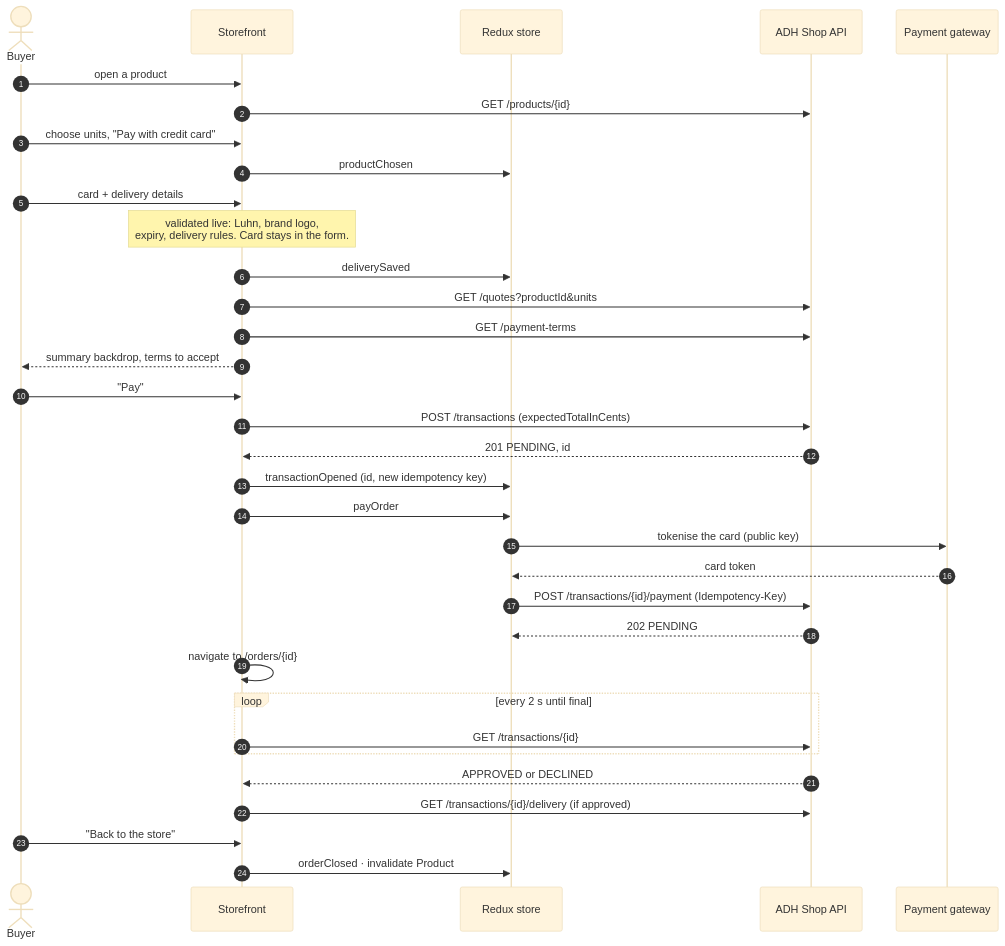
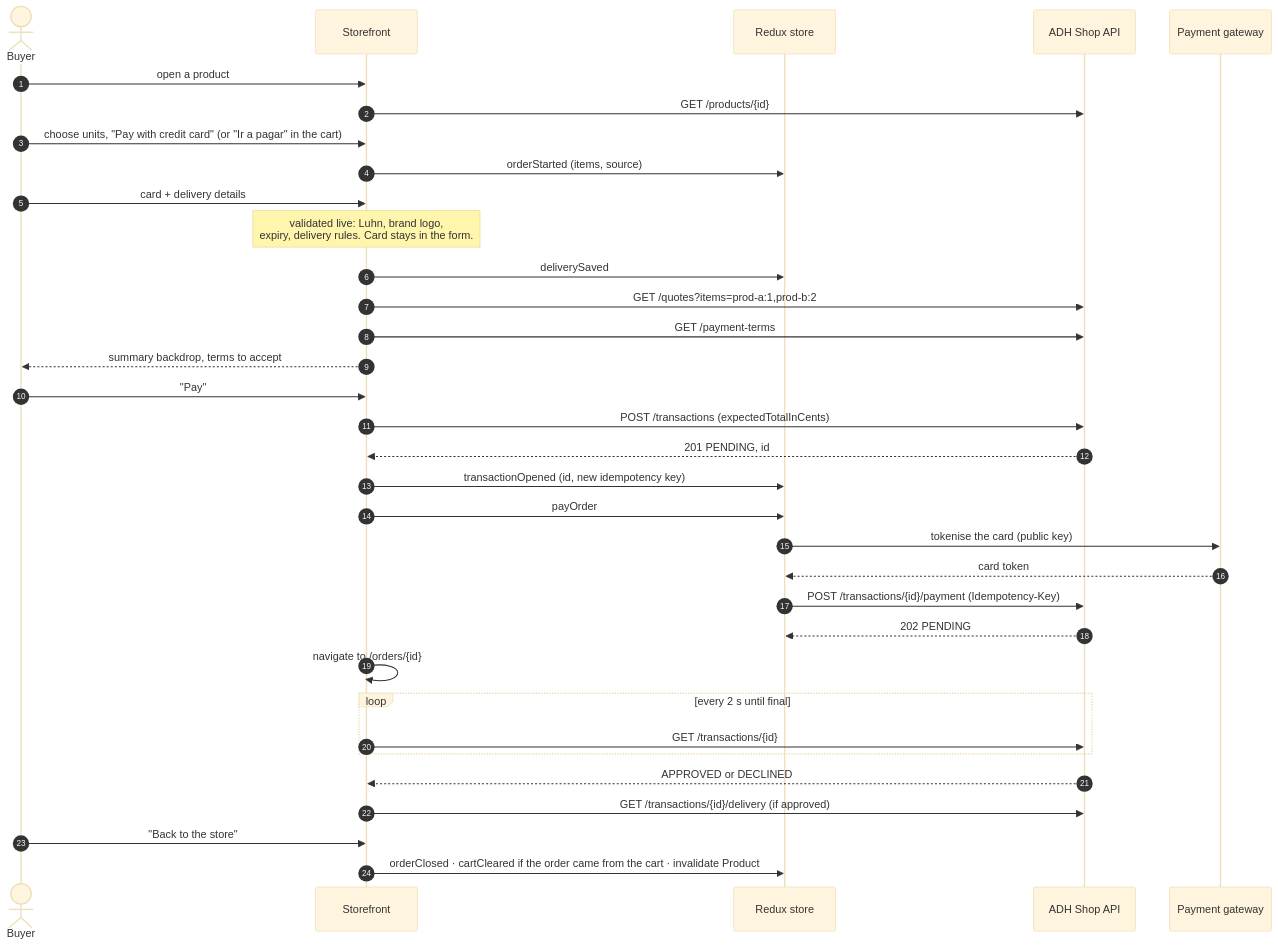
One commit to alfredo0607/adh-shop-web changed the diagram in docs/guide/checkout-flow.md. Above: the diagram before and after it, drawn with Mermaid (base theme). The commit also changed other lines of this file and 38 other files, not shown here.

````diff
--- a/docs/guide/checkout-flow.md
+++ b/docs/guide/checkout-flow.md
@@ -19,37 +19,37 @@
 ```mermaid
 sequenceDiagram
     autonumber
     actor B as Buyer
     participant UI as Storefront
     participant S as Redux store
     participant A as ADH Shop API
     participant G as Payment gateway
 
     B->>UI: open a product
     UI->>A: GET /products/{id}
-    B->>UI: choose units, "Pay with credit card"
-    UI->>S: productChosen
+    B->>UI: choose units, "Pay with credit card" (or "Ir a pagar" in the cart)
+    UI->>S: orderStarted (items, source)
     B->>UI: card + delivery details
     Note over UI: validated live: Luhn, brand logo,<br/>expiry, delivery rules. Card stays in the form.
     UI->>S: deliverySaved
-    UI->>A: GET /quotes?productId&units
+    UI->>A: GET /quotes?items=prod-a:1,prod-b:2
     UI->>A: GET /payment-terms
     UI-->>B: summary backdrop, terms to accept
     B->>UI: "Pay"
     UI->>A: POST /transactions (expectedTotalInCents)
     A-->>UI: 201 PENDING, id
     UI->>S: transactionOpened (id, new idempotency key)
     UI->>S: payOrder
     S->>G: tokenise the card (public key)
     G-->>S: card token
     S->>A: POST /transactions/{id}/payment (Idempotency-Key)
     A-->>S: 202 PENDING
     UI->>UI: navigate to /orders/{id}
     loop every 2 s until final
         UI->>A: GET /transactions/{id}
     end
     A-->>UI: APPROVED or DECLINED
     UI->>A: GET /transactions/{id}/delivery (if approved)
     B->>UI: "Back to the store"
-    UI->>S: orderClosed · invalidate Product
+    UI->>S: orderClosed · cartCleared if the order came from the cart · invalidate Product
 ```
````
